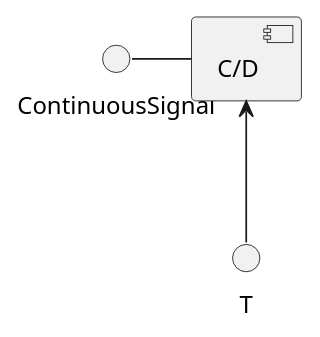
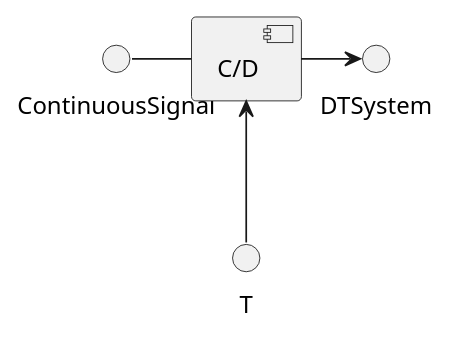
The diagram in Engineering/Signal-Processing/Digital signal processing.md (ashwinreddy/wiki), drawn with PlantUML before and after one commit.

Commit message:
Updated Digital signal processing.md (markdown)

```diff
--- a/Engineering/Signal-Processing/Digital signal processing.md
+++ b/Engineering/Signal-Processing/Digital signal processing.md
@@ -6,4 +6,5 @@
 @startuml
 ContinuousSignal - [C/D]
 [C/D] <-- T
+[C/D] -> DTSystem
 @enduml
```
